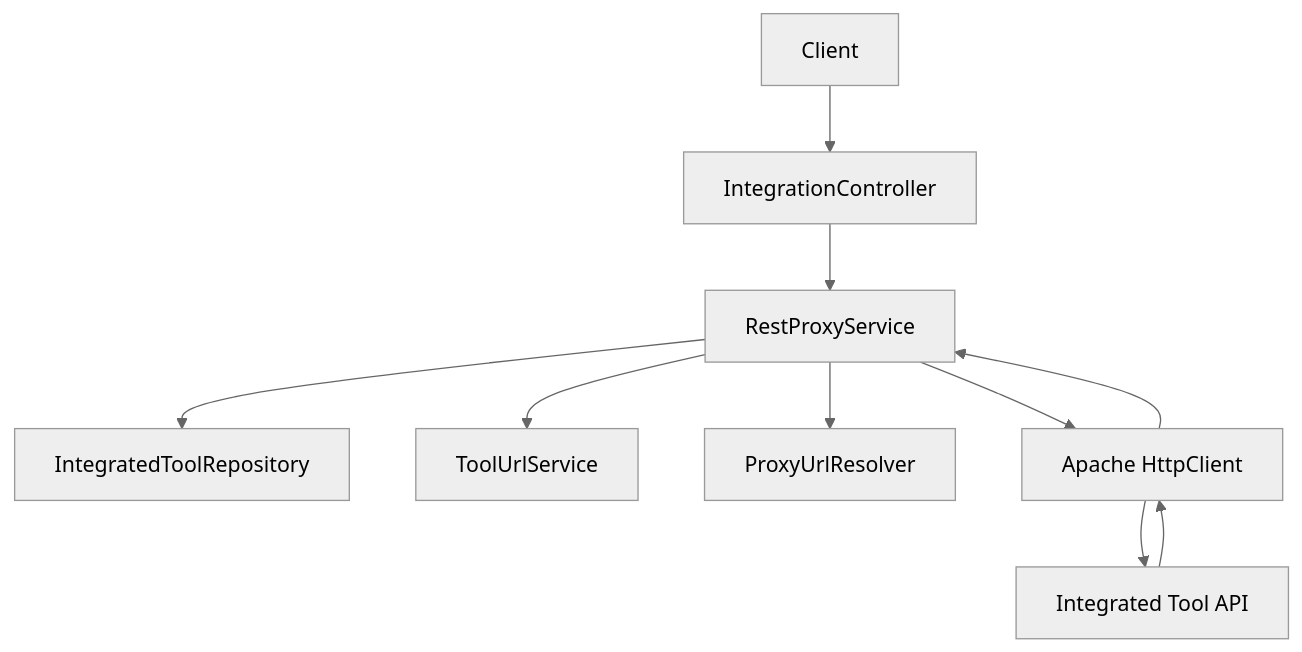
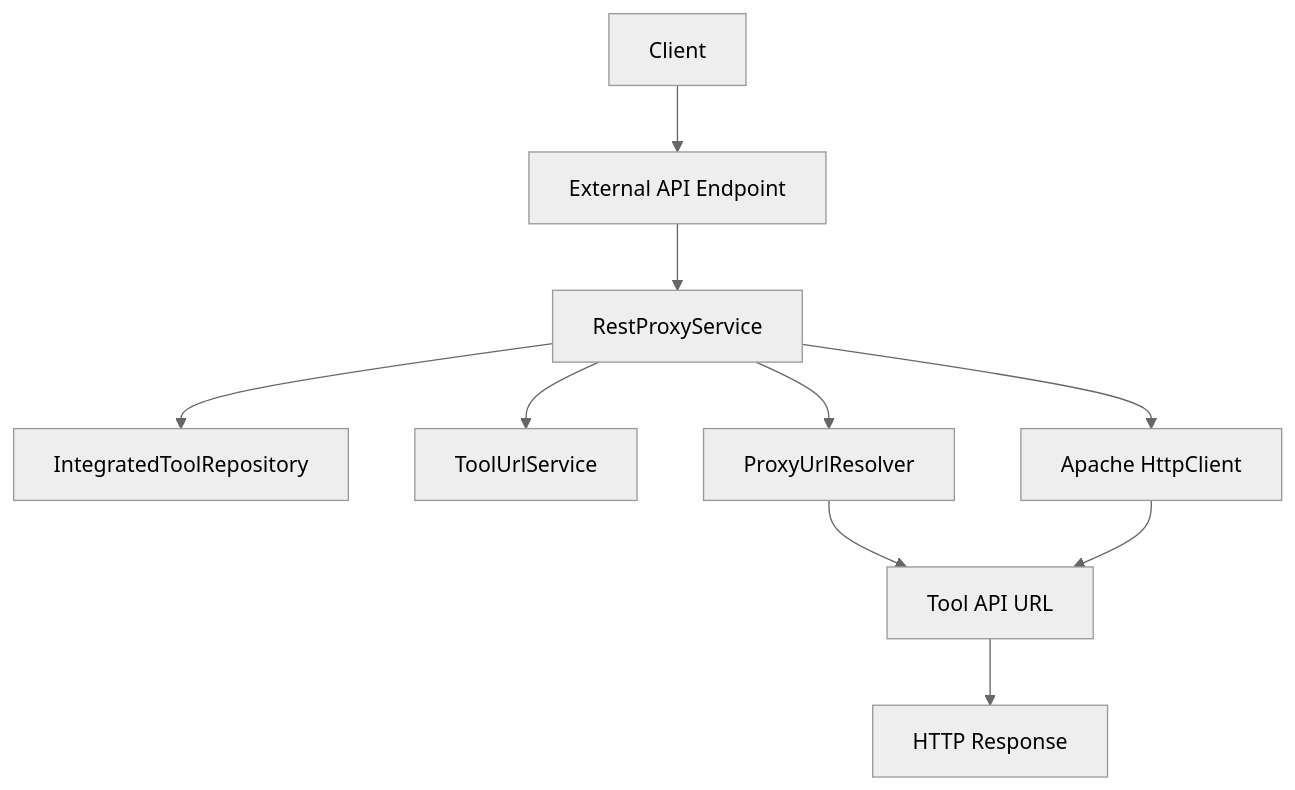
Before and after one commit to Praesto-Pro/openframe-oss-tenant: the sixth of 7 diagrams in docs/architecture/external-api-service-core/external-api-service-core.md, drawn with Mermaid (neutral theme). The commit also changed other lines of this file and 149 other files, not shown here.

````diff
--- a/docs/architecture/external-api-service-core/external-api-service-core.md
+++ b/docs/architecture/external-api-service-core/external-api-service-core.md
@@ -323,14 +295,12 @@
 ```mermaid
 flowchart TD
-    Client --> IntegrationController
-    IntegrationController --> RestProxyService
-
-    RestProxyService --> ToolRepository["IntegratedToolRepository"]
-    RestProxyService --> ToolUrlService
-    RestProxyService --> ProxyUrlResolver
-
-    RestProxyService --> HttpClient["Apache HttpClient"]
-    HttpClient --> ExternalToolAPI["Integrated Tool API"]
-    ExternalToolAPI --> HttpClient
-    HttpClient --> RestProxyService
+    Client["Client"] --> Controller["External API Endpoint"]
+    Controller --> ProxySvc["RestProxyService"]
+    ProxySvc --> ToolRepo["IntegratedToolRepository"]
+    ProxySvc --> UrlService["ToolUrlService"]
+    ProxySvc --> Resolver["ProxyUrlResolver"]
+    Resolver --> Target["Tool API URL"]
+    ProxySvc --> HttpClient["Apache HttpClient"]
+    HttpClient --> Target
+    Target --> Response["HTTP Response"]
 ```
````
